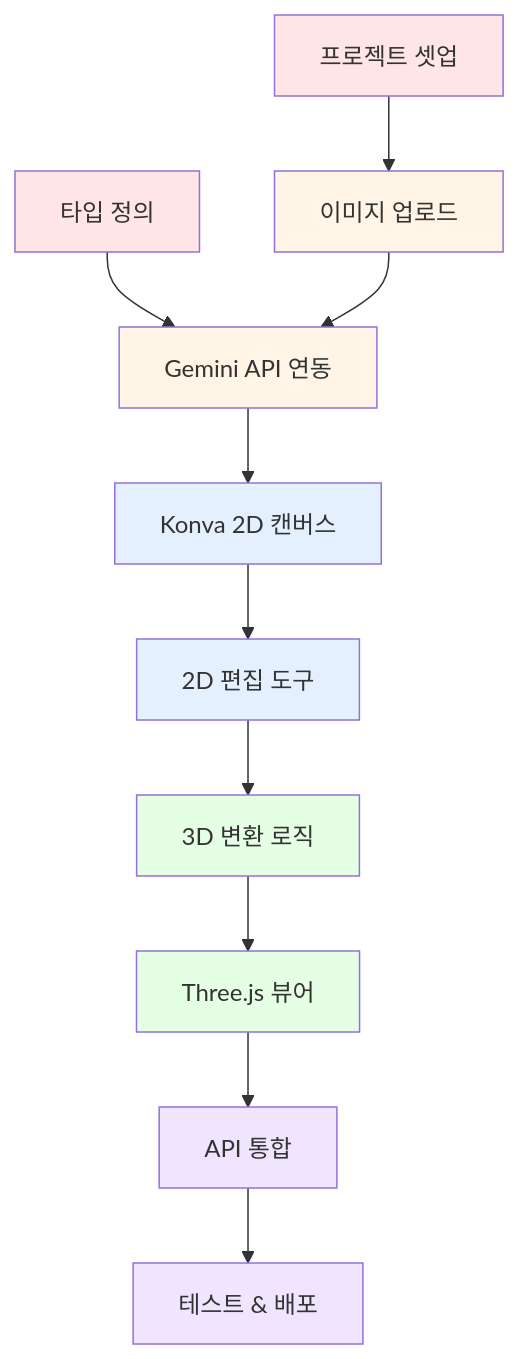
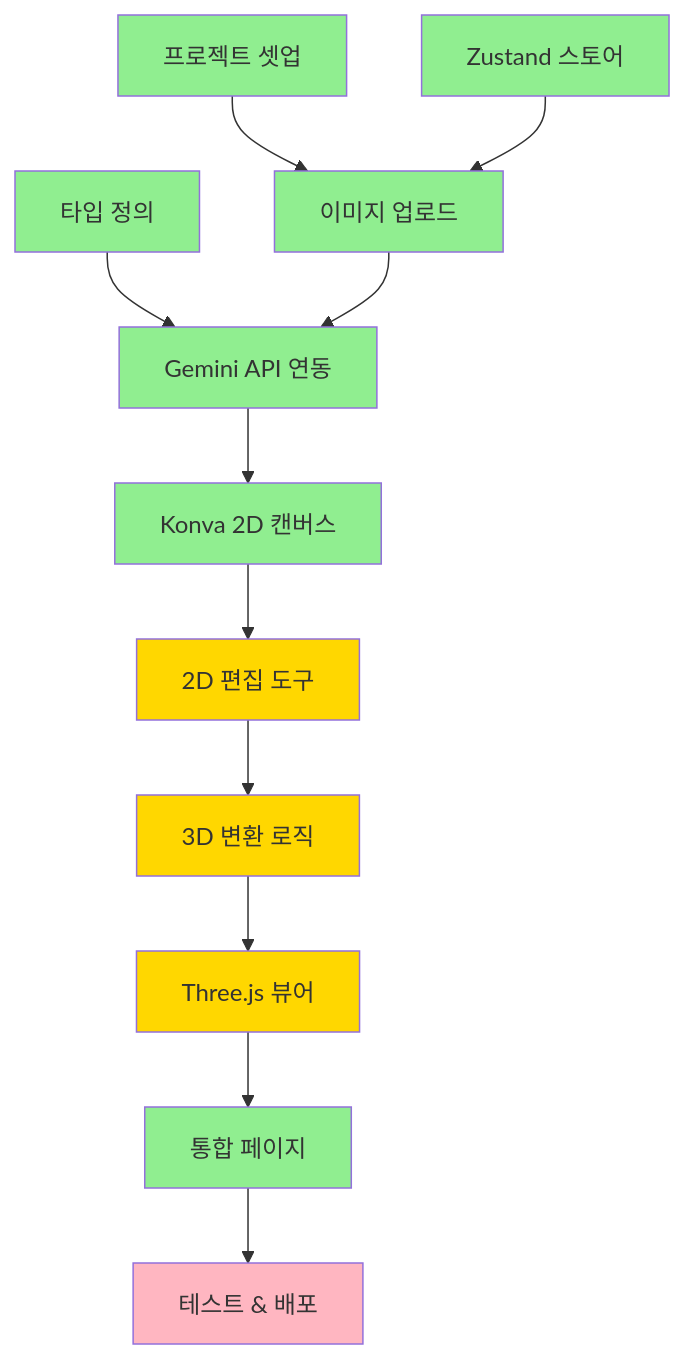
The diagram in docs/planning/06-tasks.md (leecg39/Space_moduler), drawn with Mermaid before and after one commit. The commit also changed other lines of this file and 26 other files, not shown here.

````diff
--- a/docs/planning/06-tasks.md
+++ b/docs/planning/06-tasks.md
@@ -26,23 +60,25 @@
 ```mermaid
 flowchart TD
     T0.1[프로젝트 셋업] --> T1.1[이미지 업로드]
     T0.2[타입 정의] --> T1.2[Gemini API 연동]
+    T0.3[Zustand 스토어] --> T1.1
     T1.1 --> T1.2
     T1.2 --> T2.1[Konva 2D 캔버스]
     T2.1 --> T2.2[2D 편집 도구]
     T2.2 --> T3.1[3D 변환 로직]
     T3.1 --> T3.2[Three.js 뷰어]
-    T3.2 --> T4.1[API 통합]
+    T3.2 --> T4.1[통합 페이지]
     T4.1 --> T4.2[테스트 & 배포]
 
-    style T0.1 fill:#FFE5E5
-    style T0.2 fill:#FFE5E5
-    style T1.1 fill:#FFF4E5
-    style T1.2 fill:#FFF4E5
-    style T2.1 fill:#E5F0FF
-    style T2.2 fill:#E5F0FF
-    style T3.1 fill:#E5FFE5
-    style T3.2 fill:#E5FFE5
-    style T4.1 fill:#F0E5FF
-    style T4.2 fill:#F0E5FF
+    style T0.1 fill:#90EE90
+    style T0.2 fill:#90EE90
+    style T0.3 fill:#90EE90
+    style T1.1 fill:#90EE90
+    style T1.2 fill:#90EE90
+    style T2.1 fill:#90EE90
+    style T2.2 fill:#FFD700
+    style T3.1 fill:#FFD700
+    style T3.2 fill:#FFD700
+    style T4.1 fill:#90EE90
+    style T4.2 fill:#FFB6C1
 ```
````
